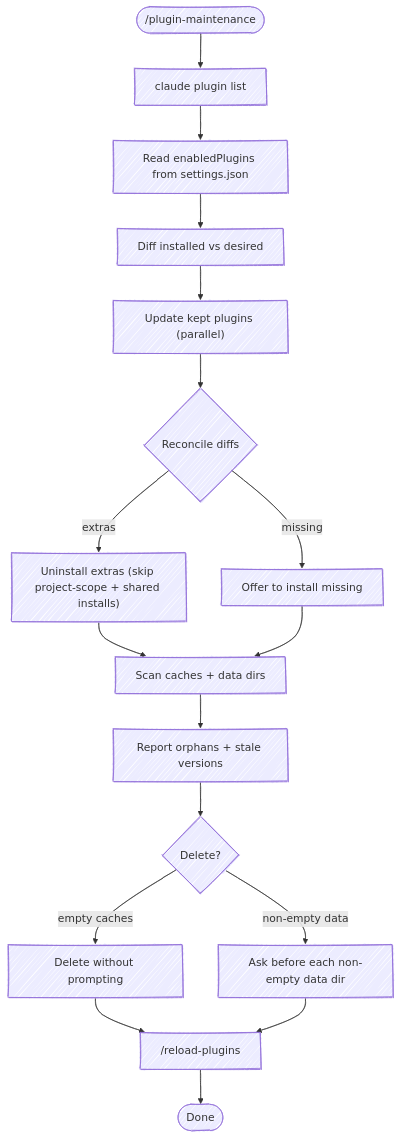
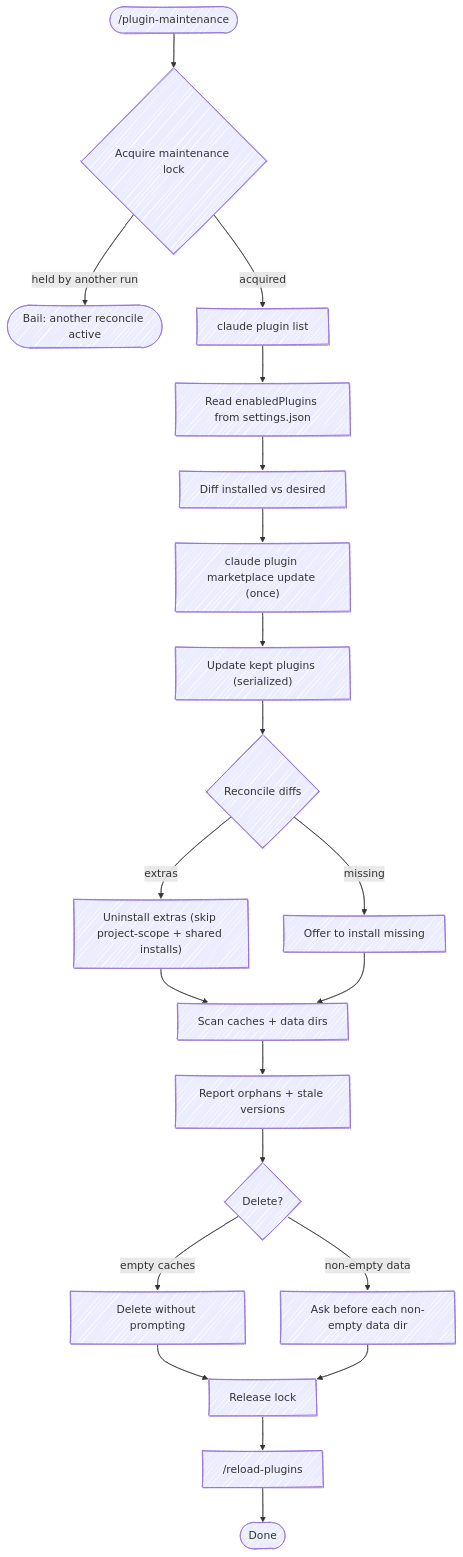
Before and after one commit to chris-peterson/shipshape: the diagram in skills/plugin-maintenance/SKILL.md, drawn with Mermaid. The commit also changed other lines of this file and 3 other files, not shown here.

First line of the commit message:
Prevent concurrent plugin-maintenance races

````diff
--- a/skills/plugin-maintenance/SKILL.md
+++ b/skills/plugin-maintenance/SKILL.md
@@ -34,20 +34,24 @@
 ```mermaid
 %%{ init: { 'look': 'handDrawn' } }%%
 flowchart TD
-    Start(["/plugin-maintenance"]) --> List["claude plugin list"]
+    Start(["/plugin-maintenance"]) --> Lock{Acquire maintenance lock}
+    Lock -->|held by another run| Bail([Bail: another reconcile active])
+    Lock -->|acquired| List["claude plugin list"]
     List --> Read["Read enabledPlugins from settings.json"]
     Read --> Diff["Diff installed vs desired"]
-    Diff --> Update["Update kept plugins (parallel)"]
+    Diff --> Refresh["claude plugin marketplace update (once)"]
+    Refresh --> Update["Update kept plugins (serialized)"]
     Update --> Reconcile{Reconcile diffs}
     Reconcile -->|extras| Uninstall["Uninstall extras (skip project-scope + shared installs)"]
     Reconcile -->|missing| Install["Offer to install missing"]
     Uninstall --> Scan
     Install --> Scan
     Scan["Scan caches + data dirs"] --> Report["Report orphans + stale versions"]
     Report --> Confirm{Delete?}
     Confirm -->|empty caches| Auto["Delete without prompting"]
     Confirm -->|non-empty data| Ask["Ask before each non-empty data dir"]
-    Auto --> Reload["/reload-plugins"]
-    Ask --> Reload
+    Auto --> Unlock["Release lock"]
+    Ask --> Unlock
+    Unlock --> Reload["/reload-plugins"]
     Reload --> Done([Done])
 ```
````
